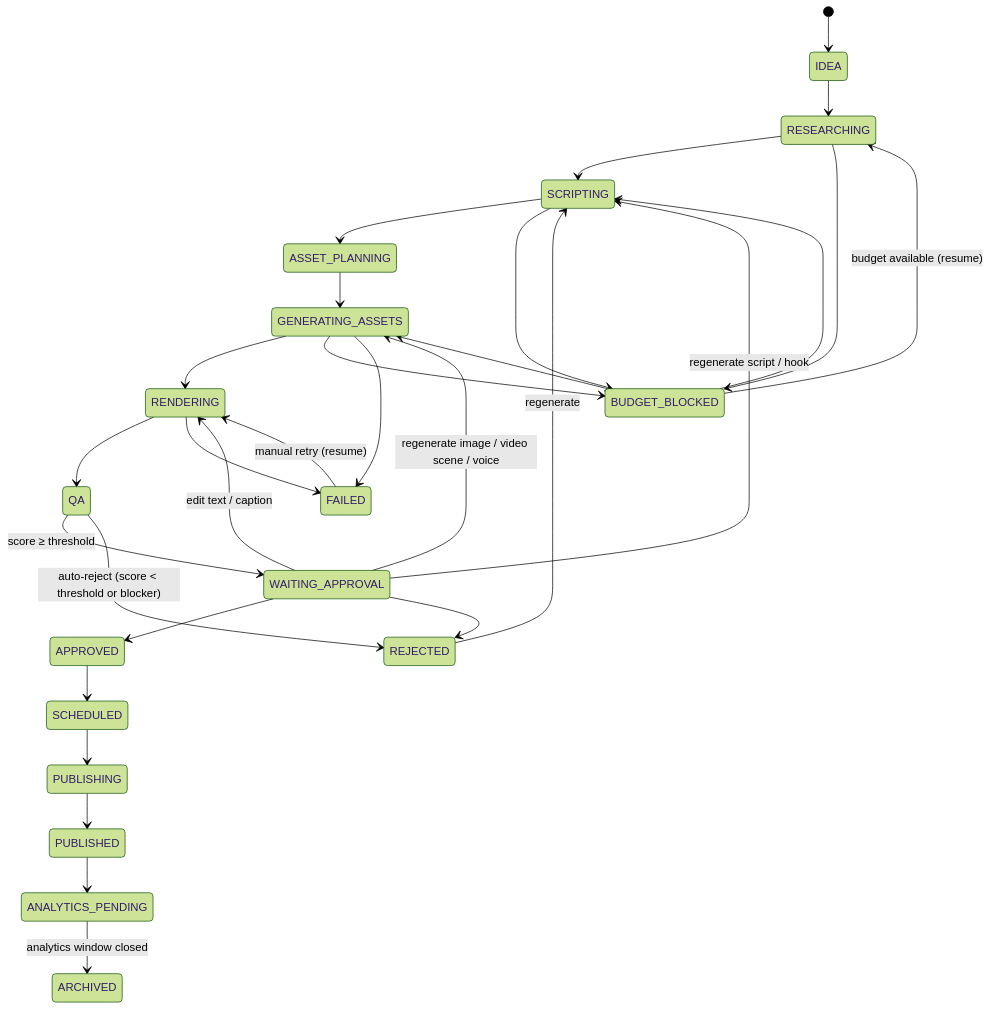
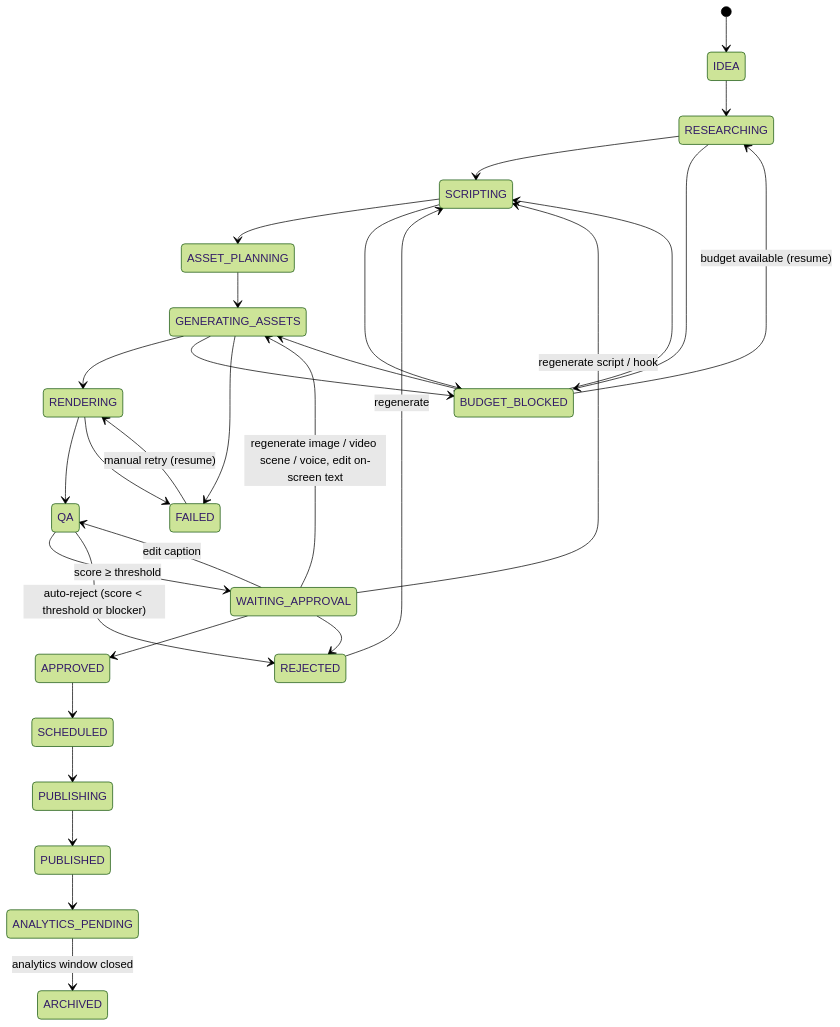
Before and after one commit to tomaszgauszka-hub/SaaS-Social-media-generator-pipeline: the fourth of 5 diagrams in docs/IMPLEMENTATION_PLAN.md, drawn with Mermaid (forest theme). The commit also changed other lines of this file and 8 other files, not shown here.

First line of the commit message:
Documentation: architecture, pipeline, providers, costs, deployment, social APIs, security

````diff
--- a/docs/IMPLEMENTATION_PLAN.md
+++ b/docs/IMPLEMENTATION_PLAN.md
@@ -178,32 +179,32 @@
 ```mermaid
 stateDiagram-v2
     [*] --> IDEA
     IDEA --> RESEARCHING
     RESEARCHING --> SCRIPTING
     SCRIPTING --> ASSET_PLANNING
     ASSET_PLANNING --> GENERATING_ASSETS
     GENERATING_ASSETS --> RENDERING
     RENDERING --> QA
     QA --> WAITING_APPROVAL: score ≥ threshold
     QA --> REJECTED: auto-reject (score < threshold or blocker)
     WAITING_APPROVAL --> APPROVED
     WAITING_APPROVAL --> REJECTED
     WAITING_APPROVAL --> SCRIPTING: regenerate script / hook
-    WAITING_APPROVAL --> GENERATING_ASSETS: regenerate image / video scene / voice
-    WAITING_APPROVAL --> RENDERING: edit text / caption
+    WAITING_APPROVAL --> GENERATING_ASSETS: regenerate image / video scene / voice, edit on-screen text
+    WAITING_APPROVAL --> QA: edit caption
     REJECTED --> SCRIPTING: regenerate
     APPROVED --> SCHEDULED
     SCHEDULED --> PUBLISHING
     PUBLISHING --> PUBLISHED
     PUBLISHED --> ANALYTICS_PENDING
     ANALYTICS_PENDING --> ARCHIVED: analytics window closed
     RESEARCHING --> BUDGET_BLOCKED
     SCRIPTING --> BUDGET_BLOCKED
     GENERATING_ASSETS --> BUDGET_BLOCKED
     BUDGET_BLOCKED --> RESEARCHING: budget available (resume)
     BUDGET_BLOCKED --> SCRIPTING
     BUDGET_BLOCKED --> GENERATING_ASSETS
     RENDERING --> FAILED
     GENERATING_ASSETS --> FAILED
     FAILED --> RENDERING: manual retry (resume)
 ```
````
